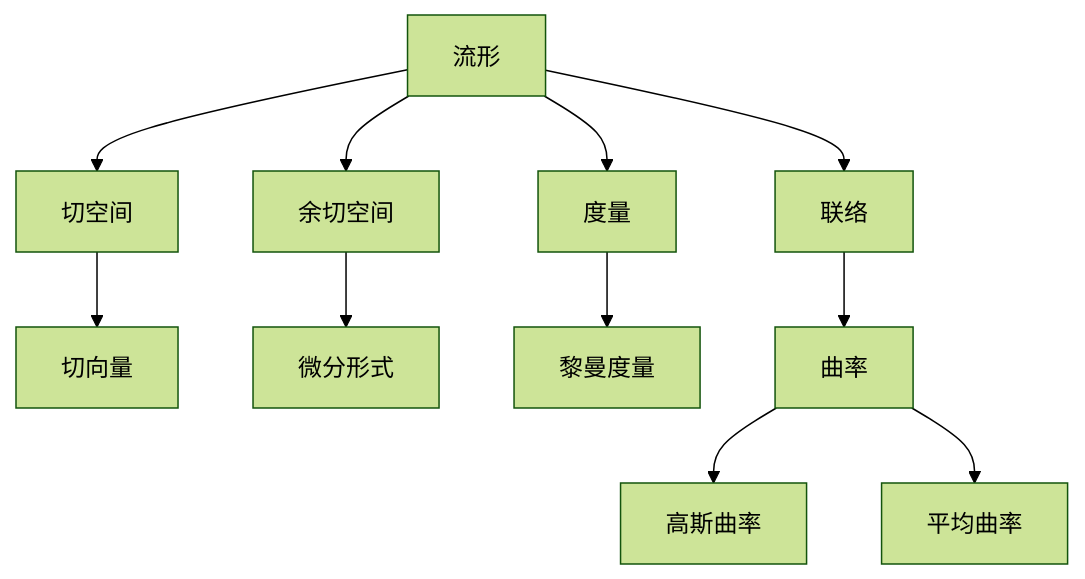
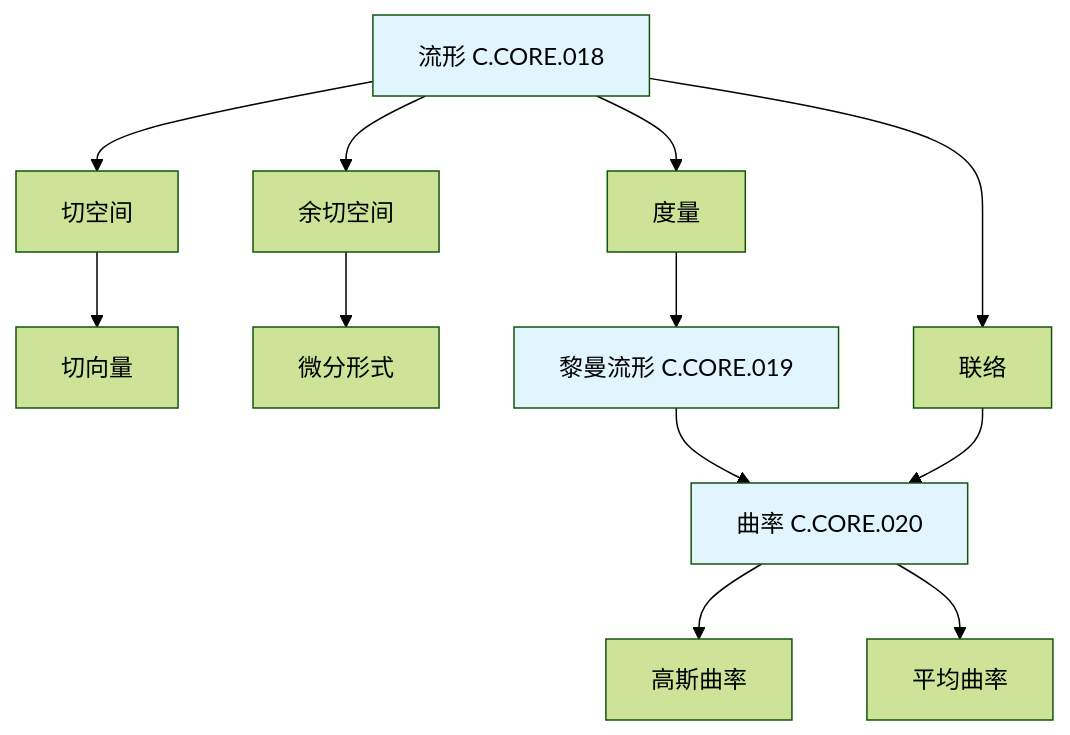
Diagram 15 of 22 in concept/05-知识关联网络/01-概念级关联网络.md (AdaMartin18010/FormalMath), drawn with Mermaid (forest theme) before and after one commit. The commit also changed other lines of this file and 45 other files, not shown here.

````diff
--- a/concept/05-知识关联网络/01-概念级关联网络.md
+++ b/concept/05-知识关联网络/01-概念级关联网络.md
@@ -340,13 +479,18 @@
 ```mermaid
 graph TD
-    A[流形] --> B[切空间]
+    A[流形 C.CORE.018] --> B[切空间]
     B --> C[切向量]
     A --> D[余切空间]
     D --> E[微分形式]
     A --> F[度量]
-    F --> G[黎曼度量]
-    A --> H[联络]
-    H --> I[曲率]
-    I --> J[高斯曲率]
-    I --> K[平均曲率]
+    F --> G[黎曼流形 C.CORE.019]
+    G --> H[曲率 C.CORE.020]
+    H --> I[高斯曲率]
+    H --> J[平均曲率]
+    A --> K[联络]
+    K --> H
+
+    style A fill:#e1f5ff
+    style G fill:#e1f5ff
+    style H fill:#e1f5ff
 ```
````
